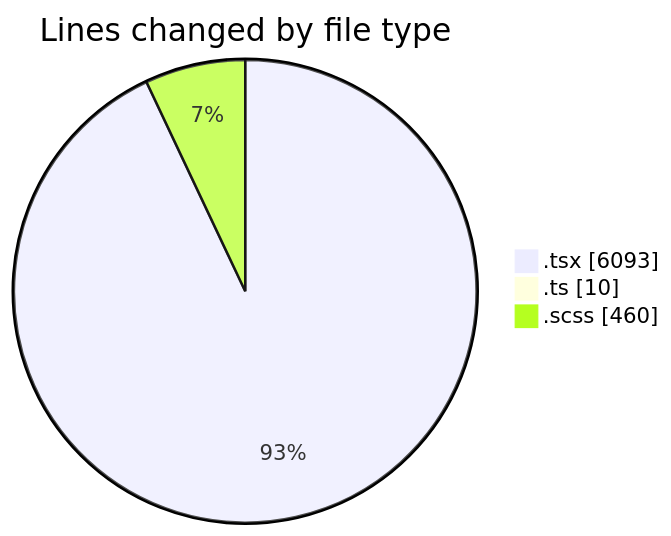
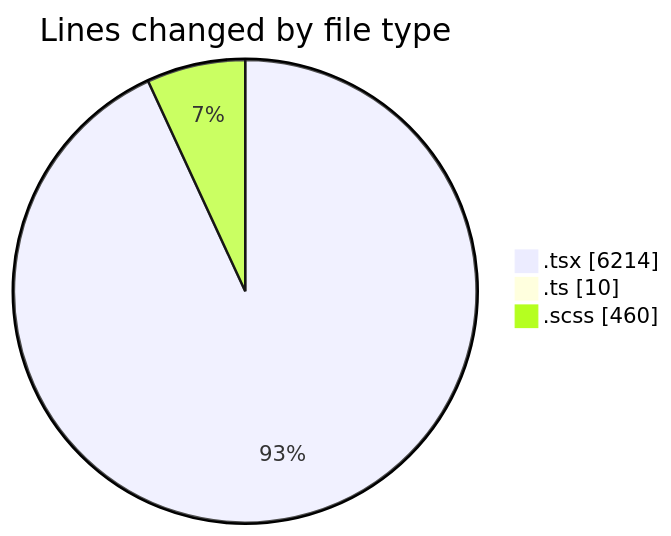
The first of 2 diagrams in 2025-11-17/cda/README.md (momahboobian/code-tracking), drawn with Mermaid before and after one commit. The commit also changed other lines of this file and 1 other file, not shown here.

````diff
--- a/2025-11-17/cda/README.md
+++ b/2025-11-17/cda/README.md
@@ -31,7 +31,7 @@
 ```mermaid
 pie showData
 title Lines changed by file type
-".tsx" : 6093
+".tsx" : 6214
 ".ts" : 10
 ".scss" : 460
 ```
````
